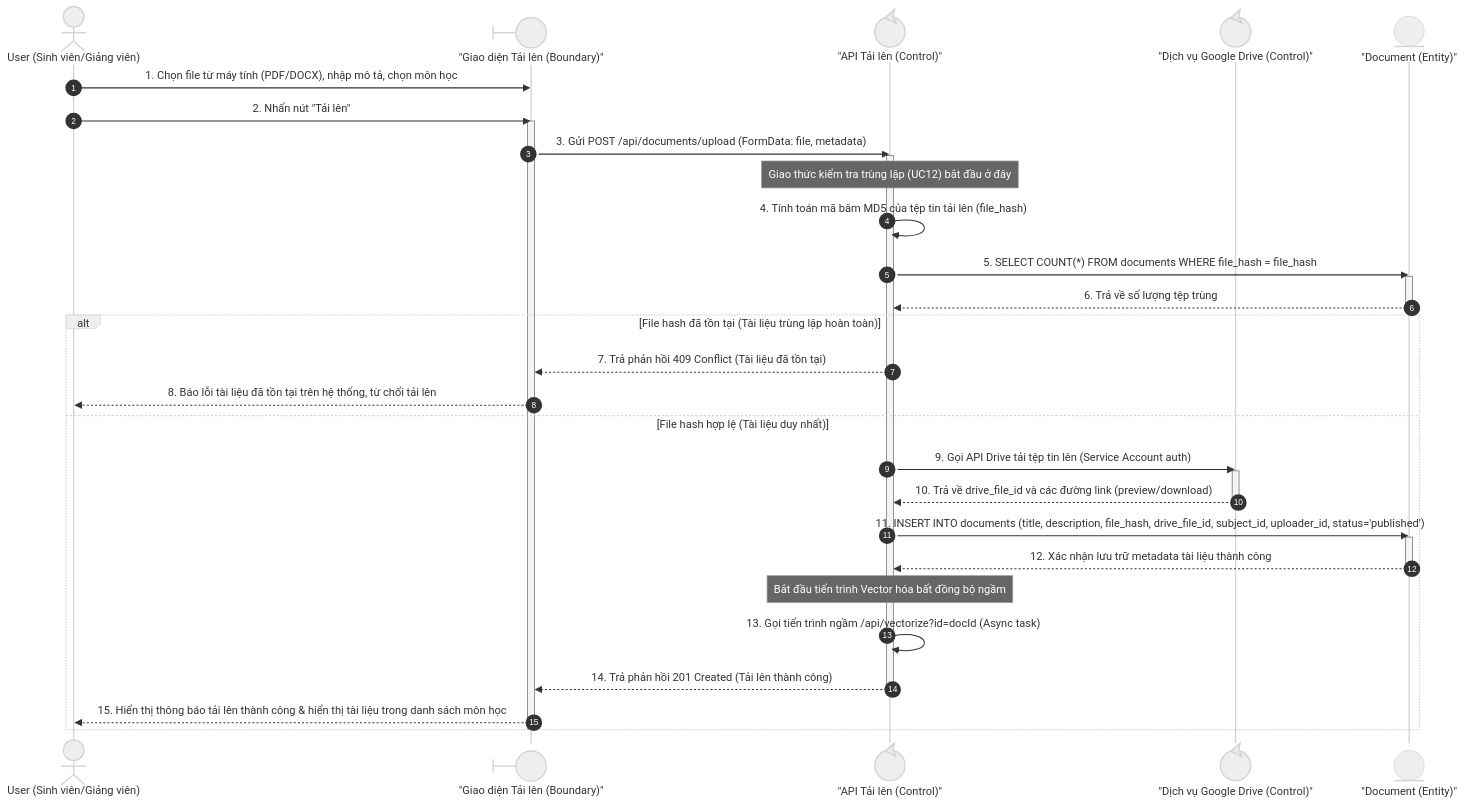
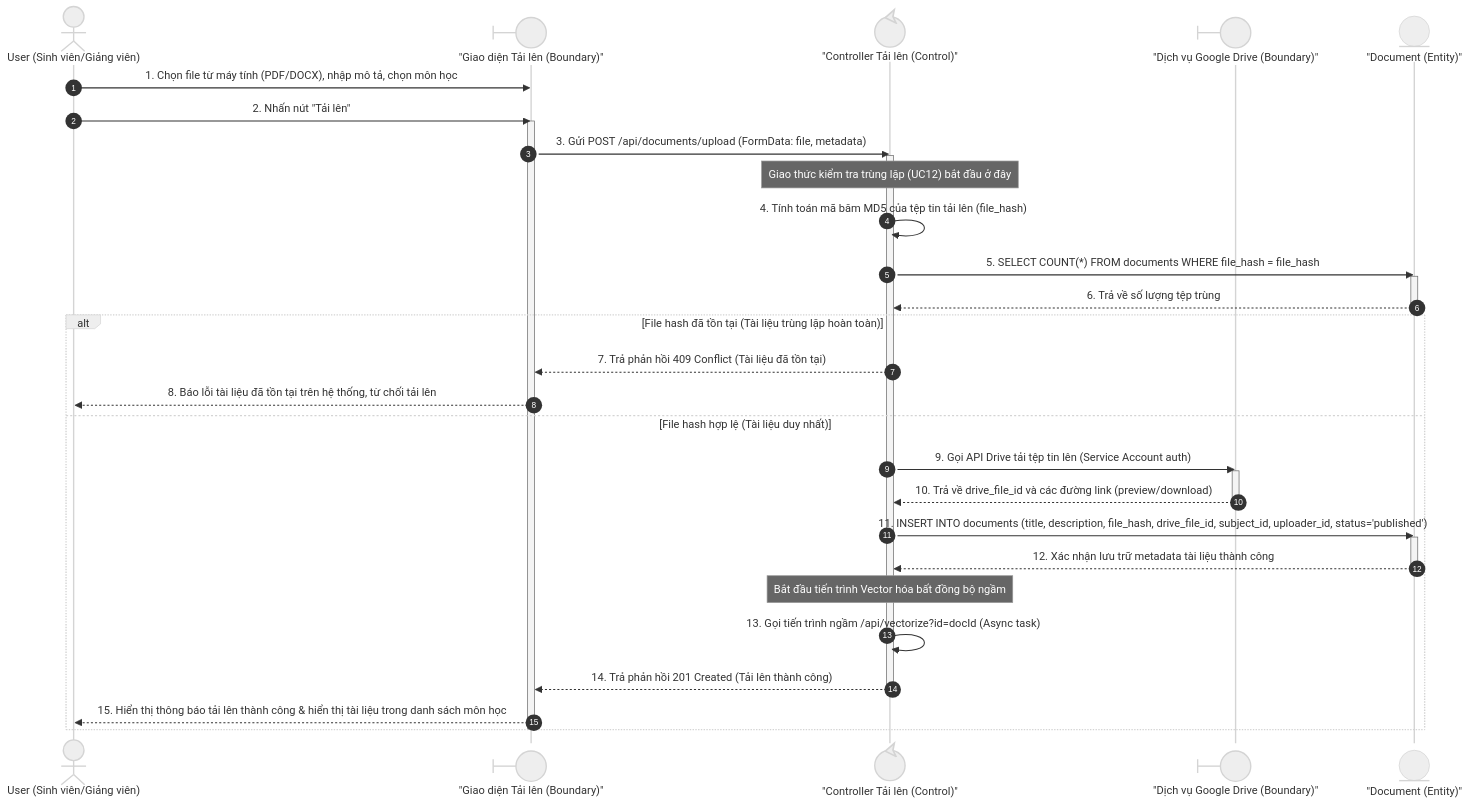
One commit to vietcuong2004/DATN_TLUDOC changed diagram 11 of 13 in Cuong_Documents/BaoVeDoAn/Diagram/SequenceDiagrams.md. Above: the diagram before and after it, drawn with Mermaid (neutral theme). The commit also changed other lines of this file and 11 other files, not shown here.

````diff
--- a/Cuong_Documents/BaoVeDoAn/Diagram/SequenceDiagrams.md
+++ b/Cuong_Documents/BaoVeDoAn/Diagram/SequenceDiagrams.md
@@ -412,44 +412,44 @@
 ```mermaid
 sequenceDiagram
     autonumber
     actor User as User (Sinh viên/Giảng viên)
     participant UI@{ "type": "boundary" } as "Giao diện Tải lên (Boundary)"
-    participant Control@{ "type": "control" } as "API Tải lên (Control)"
-    participant GD@{ "type": "control" } as "Dịch vụ Google Drive (Control)"
+    participant Control@{ "type": "control" } as "Controller Tải lên (Control)"
+    participant GD@{ "type": "boundary" } as "Dịch vụ Google Drive (Boundary)"
     participant Entity@{ "type": "entity" } as "Document (Entity)"
 
     User->>UI: 1. Chọn file từ máy tính (PDF/DOCX), nhập mô tả, chọn môn học
     User->>UI: 2. Nhấn nút "Tải lên"
     activate UI
     UI->>Control: 3. Gửi POST /api/documents/upload (FormData: file, metadata)
     activate Control
     
     Note over Control: Giao thức kiểm tra trùng lặp (UC12) bắt đầu ở đây
     Control->>Control: 4. Tính toán mã băm MD5 của tệp tin tải lên (file_hash)
     Control->>Entity: 5. SELECT COUNT(*) FROM documents WHERE file_hash = file_hash
     activate Entity
     Entity-->>Control: 6. Trả về số lượng tệp trùng
     deactivate Entity
     
     alt File hash đã tồn tại (Tài liệu trùng lặp hoàn toàn)
         Control-->>UI: 7. Trả phản hồi 409 Conflict (Tài liệu đã tồn tại)
         UI-->>User: 8. Báo lỗi tài liệu đã tồn tại trên hệ thống, từ chối tải lên
     else File hash hợp lệ (Tài liệu duy nhất)
         Control->>GD: 9. Gọi API Drive tải tệp tin lên (Service Account auth)
         activate GD
         GD-->>Control: 10. Trả về drive_file_id và các đường link (preview/download)
         deactivate GD
         Control->>Entity: 11. INSERT INTO documents (title, description, file_hash, drive_file_id, subject_id, uploader_id, status='published')
         activate Entity
         Entity-->>Control: 12. Xác nhận lưu trữ metadata tài liệu thành công
         deactivate Entity
         
         Note over Control: Bắt đầu tiến trình Vector hóa bất đồng bộ ngầm
         Control->>Control: 13. Gọi tiến trình ngầm /api/vectorize?id=docId (Async task)
         
         Control-->>UI: 14. Trả phản hồi 201 Created (Tải lên thành công)
         deactivate Control
         UI-->>User: 15. Hiển thị thông báo tải lên thành công & hiển thị tài liệu trong danh sách môn học
     end
     deactivate UI
 ```
````
